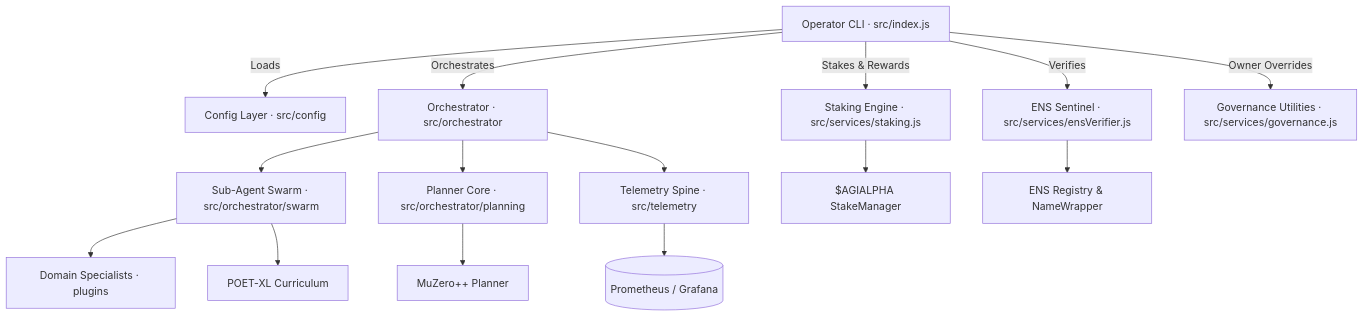
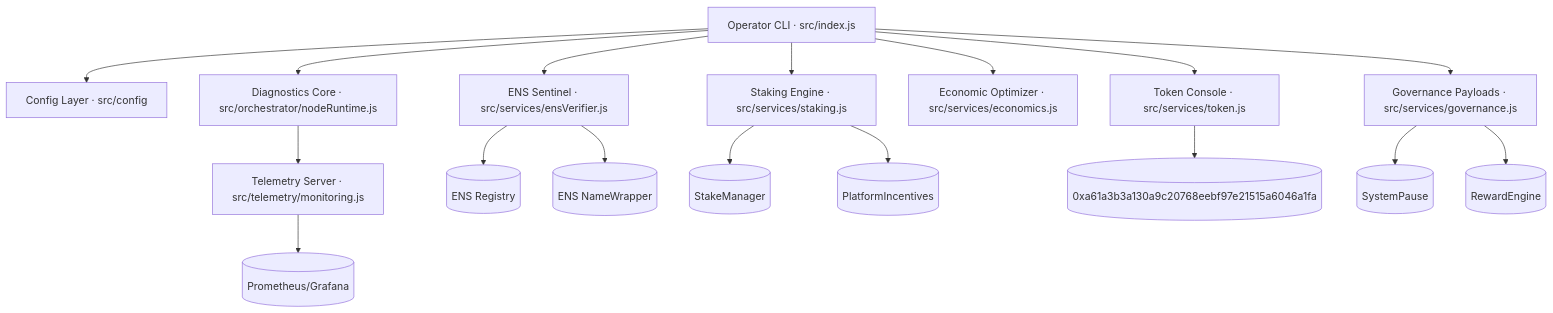
Before and after one commit to MontrealAI/AGI-Alpha-Node-v0: the first of 3 diagrams in README.md, drawn with Mermaid. The commit also changed other lines of this file, not shown here.

Commit message:
docs: refresh README for runtime accuracy

````diff
--- a/README.md
+++ b/README.md
@@ -139,17 +164,19 @@
 ```mermaid
 flowchart TD
-    A[Operator CLI · src/index.js] -->|Loads| B[Config Layer · src/config]
-    A -->|Orchestrates| C[Orchestrator · src/orchestrator]
-    C --> D[Sub-Agent Swarm · src/orchestrator/swarm]
-    C --> E[Planner Core · src/orchestrator/planning]
-    A -->|Verifies| F[ENS Sentinel · src/services/ensVerifier.js]
-    A -->|Stakes & Rewards| G[Staking Engine · src/services/staking.js]
-    A -->|Owner Overrides| H[Governance Utilities · src/services/governance.js]
-    C --> I[Telemetry Spine · src/telemetry]
-    I --> J[(Prometheus / Grafana)]
-    D --> K[Domain Specialists · plugins]
-    G --> L[$AGIALPHA StakeManager]
-    F --> M[ENS Registry & NameWrapper]
-    E --> N[MuZero++ Planner]
-    D --> O[POET-XL Curriculum]
+    OperatorCLI[Operator CLI · src/index.js] --> Config[Config Layer · src/config]
+    OperatorCLI --> ENSVerifier[ENS Sentinel · src/services/ensVerifier.js]
+    OperatorCLI --> StakingEngine[Staking Engine · src/services/staking.js]
+    OperatorCLI --> TokenConsole[Token Console · src/services/token.js]
+    OperatorCLI --> EconomicsCore[Economic Optimizer · src/services/economics.js]
+    OperatorCLI --> GovernanceSuite[Governance Payloads · src/services/governance.js]
+    OperatorCLI --> Diagnostics[Diagnostics Core · src/orchestrator/nodeRuntime.js]
+    Diagnostics --> Telemetry[Telemetry Server · src/telemetry/monitoring.js]
+    ENSVerifier --> ENSRegistry[(ENS Registry)]
+    ENSVerifier --> NameWrapper[(ENS NameWrapper)]
+    StakingEngine --> StakeManager[(StakeManager)]
+    StakingEngine --> Incentives[(PlatformIncentives)]
+    TokenConsole --> AGIALPHA[(0xa61a3b3a130a9c20768eebf97e21515a6046a1fa)]
+    GovernanceSuite --> SystemPause[(SystemPause)]
+    GovernanceSuite --> RewardEngine[(RewardEngine)]
+    Telemetry --> Prometheus[(Prometheus/Grafana)]
 ```
````
